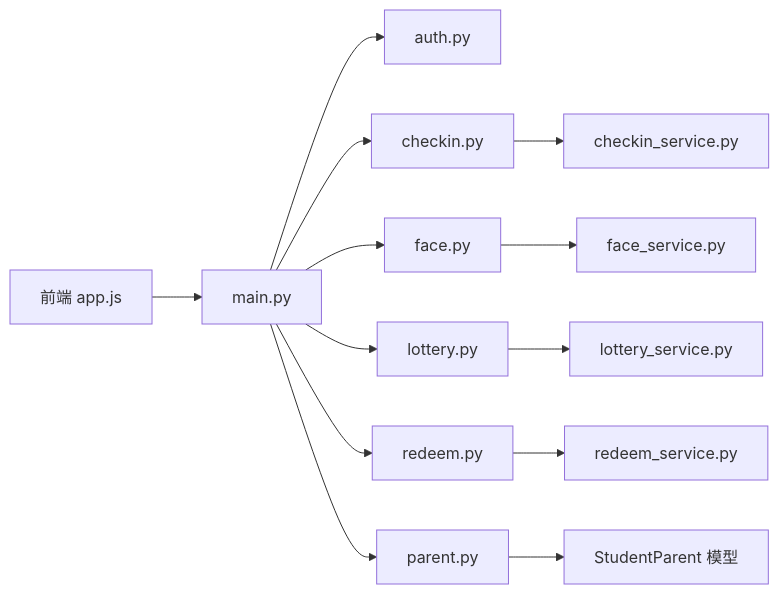
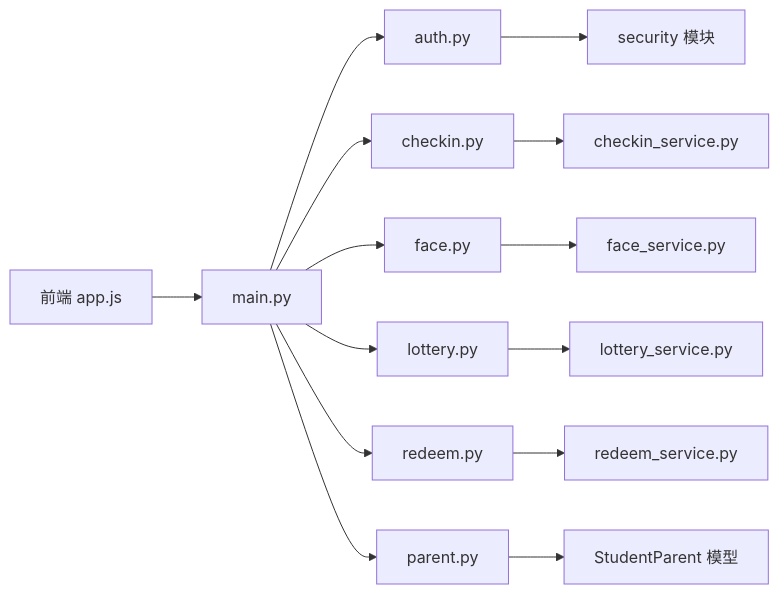
Before and after one commit to onebody/homework: diagram 12 of 12 in .qoder/repowiki/zh/content/暑假作业打卡系统/前端应用设计/学生端应用.md, drawn with Mermaid. The commit also changed other lines of this file and 20 other files, not shown here.

````diff
--- a/.qoder/repowiki/zh/content/暑假作业打卡系统/前端应用设计/学生端应用.md
+++ b/.qoder/repowiki/zh/content/暑假作业打卡系统/前端应用设计/学生端应用.md
@@ -503,15 +584,16 @@
 ```mermaid
 graph LR
 FE["前端 app.js"] --> MAIN["main.py"]
 MAIN --> AUTH["auth.py"]
 MAIN --> CK["checkin.py"]
 MAIN --> FC["face.py"]
 MAIN --> LT["lottery.py"]
 MAIN --> RD["redeem.py"]
 MAIN --> PT["parent.py"]
 CK --> CSVC["checkin_service.py"]
 FC --> FSVC["face_service.py"]
 LT --> LSVC["lottery_service.py"]
 RD --> RSVC["redeem_service.py"]
 PT --> SP["StudentParent 模型"]
+AUTH --> SEC["security 模块"]
 ```
````
